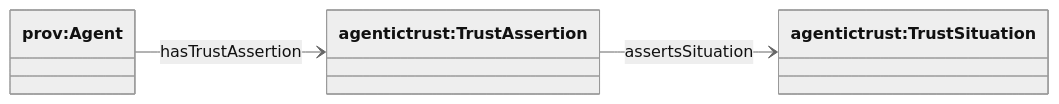
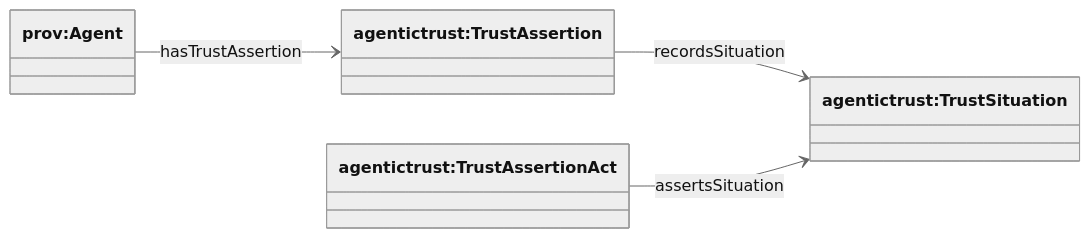
One commit to Agentic-Trust-Layer/agent-explorer changed the third of 3 diagrams in docs/ontology/trust-graph.md. Above: the diagram before and after it, drawn with Mermaid (neutral theme). The commit also changed other lines of this file and 12 other files, not shown here.

````diff
--- a/docs/ontology/trust-graph.md
+++ b/docs/ontology/trust-graph.md
@@ -70,11 +74,13 @@
 ```mermaid
 classDiagram
 direction LR
 
 class provAgent["prov:Agent"]
 class TrustAssertion["agentictrust:TrustAssertion"]
+class TrustAssertionAct["agentictrust:TrustAssertionAct"]
 class TrustSituation["agentictrust:TrustSituation"]
 
 provAgent --> TrustAssertion : hasTrustAssertion
-TrustAssertion --> TrustSituation : assertsSituation
+TrustAssertion --> TrustSituation : recordsSituation
+TrustAssertionAct --> TrustSituation : assertsSituation
 ```
````
